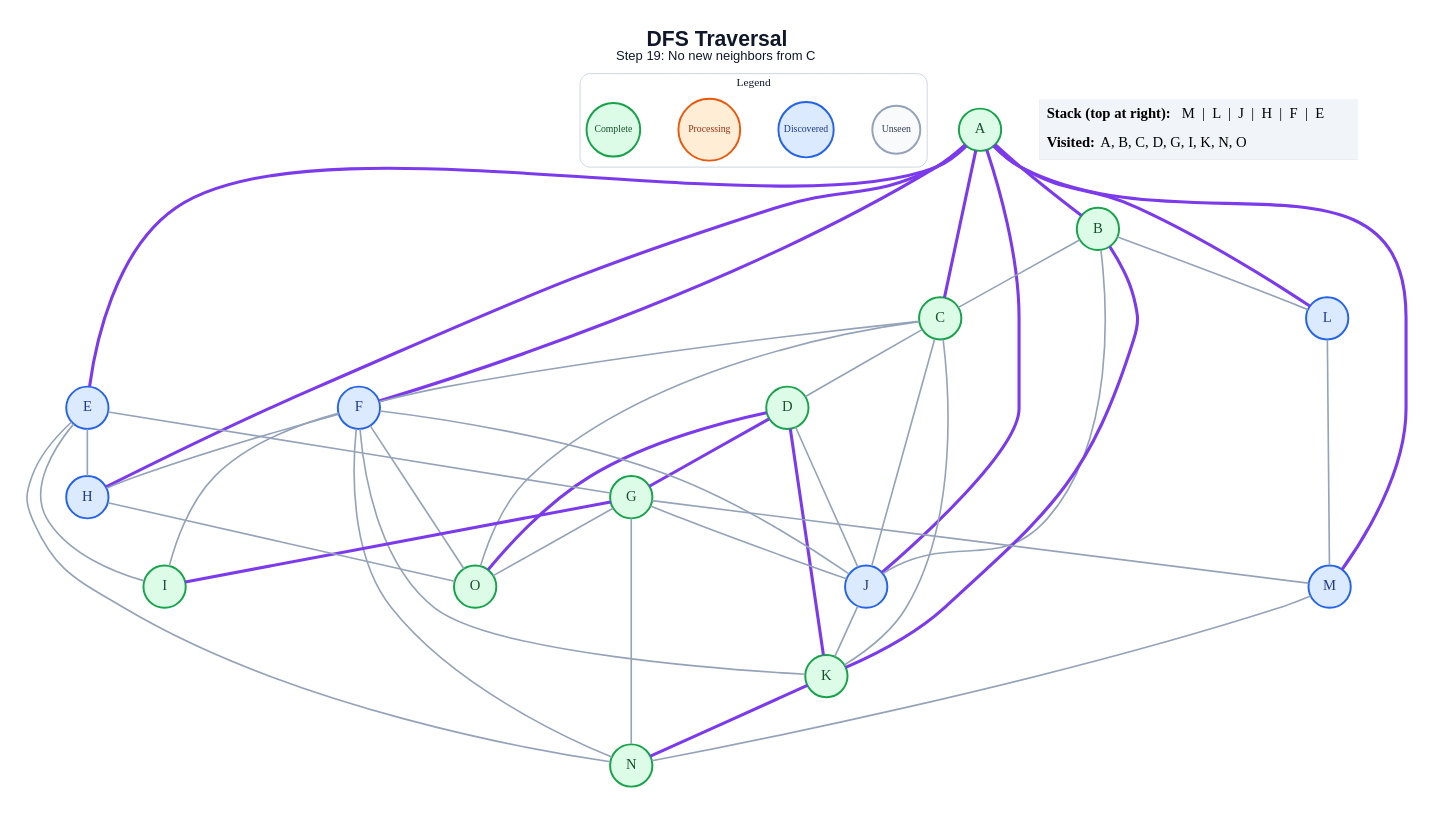
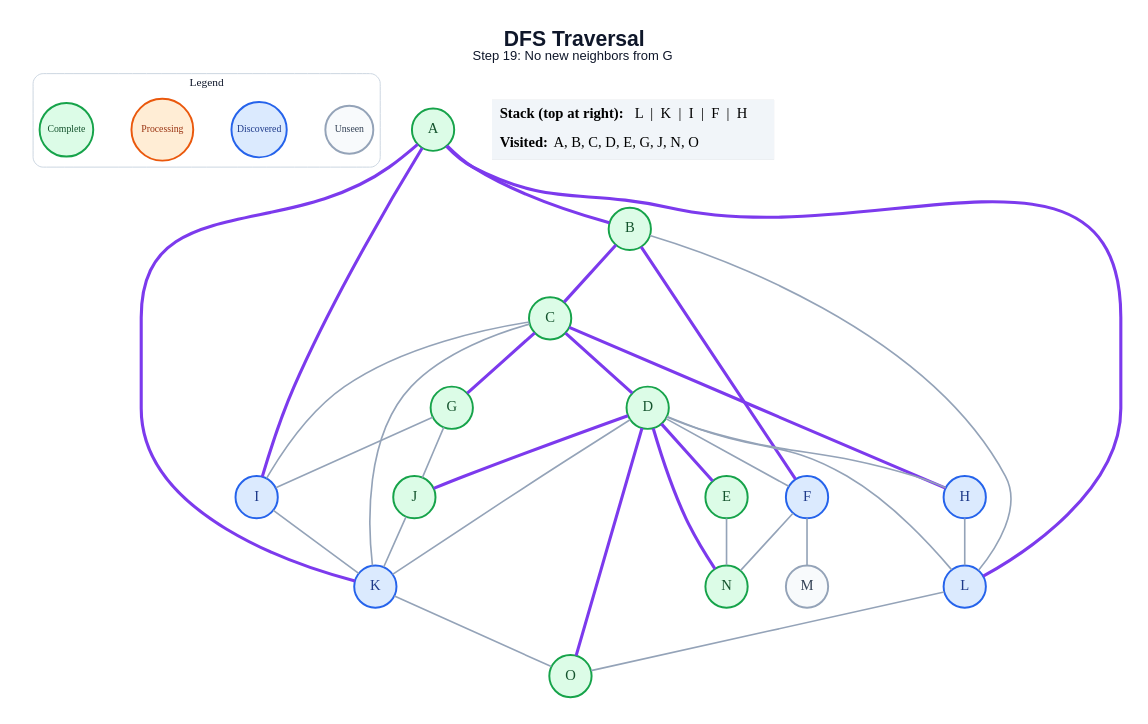
The diagram in generated/dfs/step_19.dot (anon7238593-create/ai-slop), drawn with Graphviz before and after one commit. The commit also changed 268 other files, not shown here.

```diff
--- a/generated/dfs/step_19.dot
+++ b/generated/dfs/step_19.dot
@@ -1,75 +1,64 @@
 graph traversal {
   graph [layout=dot, rankdir=TB, bgcolor="#FFFFFF", pad="0.35", nodesep="0.65", ranksep="0.8", fontname="Arial"];
   node [shape=circle, style="filled", fontname="Arial Bold", fontsize=18, width=0.72, fixedsize=true, penwidth=2.4];
   edge [color="#94A3B8", penwidth=2.0];
-  label=<<B>DFS Traversal</B><BR/><FONT POINT-SIZE="16">Step 19: No new neighbors from C</FONT>>; labelloc="t"; fontsize=26; fontname="Arial"; fontcolor="#0F172A";
+  label=<<B>DFS Traversal</B><BR/><FONT POINT-SIZE="16">Step 19: No new neighbors from G</FONT>>; labelloc="t"; fontsize=26; fontname="Arial"; fontcolor="#0F172A";
   subgraph cluster_legend { label="Legend"; color="#CBD5E1"; penwidth=1.2; style="rounded"; fontsize=14; fontname="Arial Bold";
     key_unseen [label="Unseen", fillcolor="#F8FAFC", color="#94A3B8", fontcolor="#334155", fontsize=12, width=0.82];
     key_frontier [label="Discovered", fillcolor="#DBEAFE", color="#2563EB", fontcolor="#1E3A8A", fontsize=12, width=0.95];
     key_current [label="Processing", fillcolor="#FFEDD5", color="#EA580C", fontcolor="#9A3412", fontsize=12, width=1.05];
     key_done [label="Complete", fillcolor="#DCFCE7", color="#16A34A", fontcolor="#14532D", fontsize=12, width=0.92];
     { rank=same; key_unseen; key_frontier; key_current; key_done; }
   }
-  A [fillcolor="#DCFCE7", color="#16A34A", fontcolor="#14532D"];
-  B [fillcolor="#DCFCE7", color="#16A34A", fontcolor="#14532D"];
-  C [fillcolor="#DCFCE7", color="#16A34A", fontcolor="#14532D"];
-  D [fillcolor="#DCFCE7", color="#16A34A", fontcolor="#14532D"];
-  E [fillcolor="#DBEAFE", color="#2563EB", fontcolor="#1E3A8A"];
-  F [fillcolor="#DBEAFE", color="#2563EB", fontcolor="#1E3A8A"];
-  G [fillcolor="#DCFCE7", color="#16A34A", fontcolor="#14532D"];
-  H [fillcolor="#DBEAFE", color="#2563EB", fontcolor="#1E3A8A"];
-  I [fillcolor="#DCFCE7", color="#16A34A", fontcolor="#14532D"];
-  J [fillcolor="#DBEAFE", color="#2563EB", fontcolor="#1E3A8A"];
-  K [fillcolor="#DCFCE7", color="#16A34A", fontcolor="#14532D"];
-  L [fillcolor="#DBEAFE", color="#2563EB", fontcolor="#1E3A8A"];
-  M [fillcolor="#DBEAFE", color="#2563EB", fontcolor="#1E3A8A"];
-  N [fillcolor="#DCFCE7", color="#16A34A", fontcolor="#14532D"];
-  O [fillcolor="#DCFCE7", color="#16A34A", fontcolor="#14532D"];
+  A [label="A", fillcolor="#DCFCE7", color="#16A34A", fontcolor="#14532D", peripheries=1, penwidth=2.4];
+  B [label="B", fillcolor="#DCFCE7", color="#16A34A", fontcolor="#14532D", peripheries=1, penwidth=2.4];
+  C [label="C", fillcolor="#DCFCE7", color="#16A34A", fontcolor="#14532D", peripheries=1, penwidth=2.4];
+  D [label="D", fillcolor="#DCFCE7", color="#16A34A", fontcolor="#14532D", peripheries=1, penwidth=2.4];
+  E [label="E", fillcolor="#DCFCE7", color="#16A34A", fontcolor="#14532D", peripheries=1, penwidth=2.4];
+  F [label="F", fillcolor="#DBEAFE", color="#2563EB", fontcolor="#1E3A8A", peripheries=1, penwidth=2.4];
+  G [label="G", fillcolor="#DCFCE7", color="#16A34A", fontcolor="#14532D", peripheries=1, penwidth=2.4];
+  H [label="H", fillcolor="#DBEAFE", color="#2563EB", fontcolor="#1E3A8A", peripheries=1, penwidth=2.4];
+  I [label="I", fillcolor="#DBEAFE", color="#2563EB", fontcolor="#1E3A8A", peripheries=1, penwidth=2.4];
+  J [label="J", fillcolor="#DCFCE7", color="#16A34A", fontcolor="#14532D", peripheries=1, penwidth=2.4];
+  K [label="K", fillcolor="#DBEAFE", color="#2563EB", fontcolor="#1E3A8A", peripheries=1, penwidth=2.4];
+  L [label="L", fillcolor="#DBEAFE", color="#2563EB", fontcolor="#1E3A8A", peripheries=1, penwidth=2.4];
+  M [label="M", fillcolor="#F8FAFC", color="#94A3B8", fontcolor="#334155", peripheries=1, penwidth=2.4];
+  N [label="N", fillcolor="#DCFCE7", color="#16A34A", fontcolor="#14532D", peripheries=1, penwidth=2.4];
+  O [label="O", fillcolor="#DCFCE7", color="#16A34A", fontcolor="#14532D", peripheries=1, penwidth=2.4];
   A -- B [color="#7C3AED", penwidth=3.8];
-  A -- C [color="#7C3AED", penwidth=3.8];
-  A -- E [color="#7C3AED", penwidth=3.8];
-  A -- F [color="#7C3AED", penwidth=3.8];
-  A -- H [color="#7C3AED", penwidth=3.8];
-  A -- J [color="#7C3AED", penwidth=3.8];
+  A -- I [color="#7C3AED", penwidth=3.8];
+  A -- K [color="#7C3AED", penwidth=3.8];
   A -- L [color="#7C3AED", penwidth=3.8];
-  A -- M [color="#7C3AED", penwidth=3.8];
-  B -- C;
-  B -- J;
-  B -- K [color="#7C3AED", penwidth=3.8];
+  B -- C [color="#7C3AED", penwidth=3.8];
+  B -- F [color="#7C3AED", penwidth=3.8];
   B -- L;
-  C -- D;
-  C -- F;
-  C -- J;
+  C -- D [color="#7C3AED", penwidth=3.8];
+  C -- G [color="#7C3AED", penwidth=3.8];
+  C -- H [color="#7C3AED", penwidth=3.8];
+  C -- I;
   C -- K;
-  C -- O;
-  D -- G [color="#7C3AED", penwidth=3.8];
-  D -- J;
-  D -- K [color="#7C3AED", penwidth=3.8];
+  D -- E [color="#7C3AED", penwidth=3.8];
+  D -- F;
+  D -- H;
+  D -- J [color="#7C3AED", penwidth=3.8];
+  D -- K;
+  D -- L;
+  D -- N [color="#7C3AED", penwidth=3.8];
   D -- O [color="#7C3AED", penwidth=3.8];
-  E -- G;
-  E -- H;
-  E -- I;
   E -- N;
-  F -- H;
-  F -- I;
-  F -- J;
-  F -- K;
+  F -- M;
   F -- N;
-  F -- O;
-  G -- I [color="#7C3AED", penwidth=3.8];
+  G -- I;
   G -- J;
-  G -- M;
-  G -- N;
-  G -- O;
-  H -- O;
+  H -- L;
+  I -- K;
   J -- K;
-  K -- N [color="#7C3AED", penwidth=3.8];
-  L -- M;
-  M -- N;
+  K -- O;
+  L -- O;
   status [shape=plain, fixedsize=false, width=0, height=0, margin=0, label=<
     <TABLE BORDER="0" CELLBORDER="0" CELLPADDING="7" BGCOLOR="#F1F5F9">
-      <TR><TD ALIGN="LEFT"><B>Stack (top at right):</B> M  |  L  |  J  |  H  |  F  |  E</TD></TR>
-      <TR><TD ALIGN="LEFT"><B>Visited:</B> A, B, C, D, G, I, K, N, O</TD></TR>
+      <TR><TD ALIGN="LEFT"><B>Stack (top at right):</B> L  |  K  |  I  |  F  |  H</TD></TR>
+      <TR><TD ALIGN="LEFT"><B>Visited:</B> A, B, C, D, E, G, J, N, O</TD></TR>
     </TABLE>
   >];
 }
```
